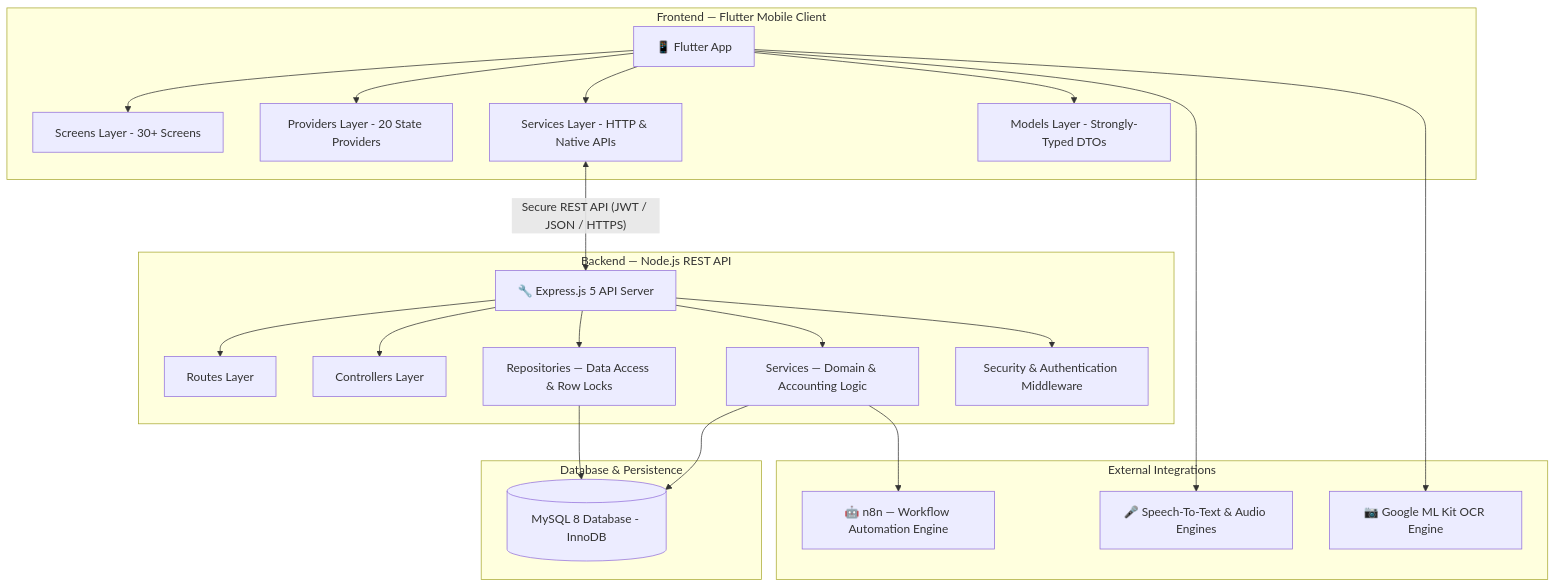
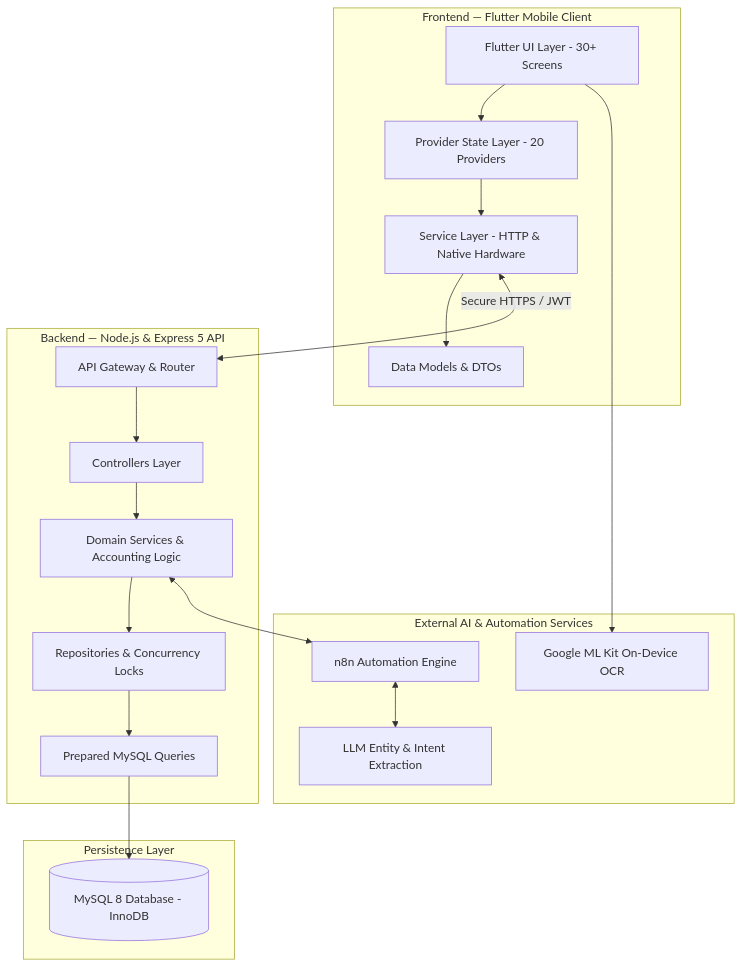
One commit to mohammadbzoor/AlphaAPP changed the first of 3 diagrams in README.md. Above: the diagram before and after it, drawn with Mermaid. The commit also changed other lines of this file, not shown here.

````diff
--- a/README.md
+++ b/README.md
@@ -45,34 +75,31 @@
 ```mermaid
 graph TB
-    subgraph "Frontend — Flutter Mobile Client"
-        A[📱 Flutter App] --> B[Screens Layer - 30+ Screens]
-        A --> C[Providers Layer - 20 State Providers]
-        A --> D[Services Layer - HTTP & Native APIs]
-        A --> E[Models Layer - Strongly-Typed DTOs]
+    subgraph Client ["Frontend — Flutter Mobile Client"]
+        A[Flutter UI Layer - 30+ Screens] --> B[Provider State Layer - 20 Providers]
+        B --> C[Service Layer - HTTP & Native Hardware]
+        C --> D[Data Models & DTOs]
     end
 
-    subgraph "Backend — Node.js REST API"
-        F[🔧 Express.js 5 API Server] --> G[Routes Layer]
-        F --> H[Controllers Layer]
-        F --> I[Services — Domain & Accounting Logic]
-        F --> J[Repositories — Data Access & Row Locks]
-        F --> K[Security & Authentication Middleware]
+    subgraph Server ["Backend — Node.js & Express 5 API"]
+        E[API Gateway & Router] --> F[Controllers Layer]
+        F --> G[Domain Services & Accounting Logic]
+        G --> H[Repositories & Concurrency Locks]
+        H --> I[Prepared MySQL Queries]
     end
 
-    subgraph "Database & Persistence"
-        L[(MySQL 8 Database - InnoDB)]
+    subgraph Database ["Persistence Layer"]
+        J[(MySQL 8 Database - InnoDB)]
     end
 
-    subgraph "External Integrations"
-        M[🤖 n8n — Workflow Automation Engine]
-        N[🎤 Speech-To-Text & Audio Engines]
-        O[📷 Google ML Kit OCR Engine]
+    subgraph AI_Engine ["External AI & Automation Services"]
+        K[n8n Automation Engine]
+        L[LLM Entity & Intent Extraction]
+        M[Google ML Kit On-Device OCR]
     end
 
-    D <-- "Secure REST API (JWT / JSON / HTTPS)" --> F
-    I --> L
-    J --> L
-    I --> M
-    A --> N
-    A --> O
+    C <-- "Secure HTTPS / JWT" --> E
+    I --> J
+    G <--> K
+    K <--> L
+    A --> M
 ```
````
